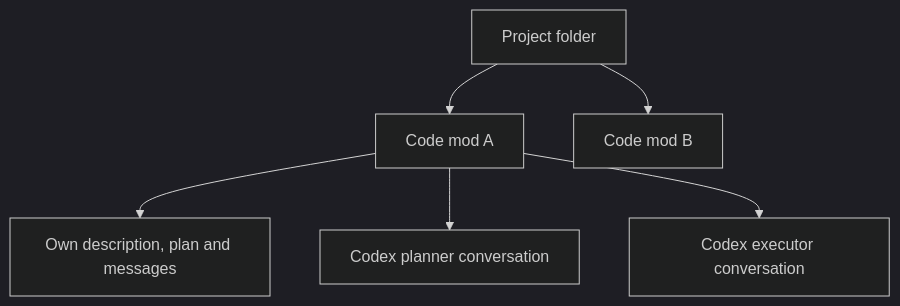
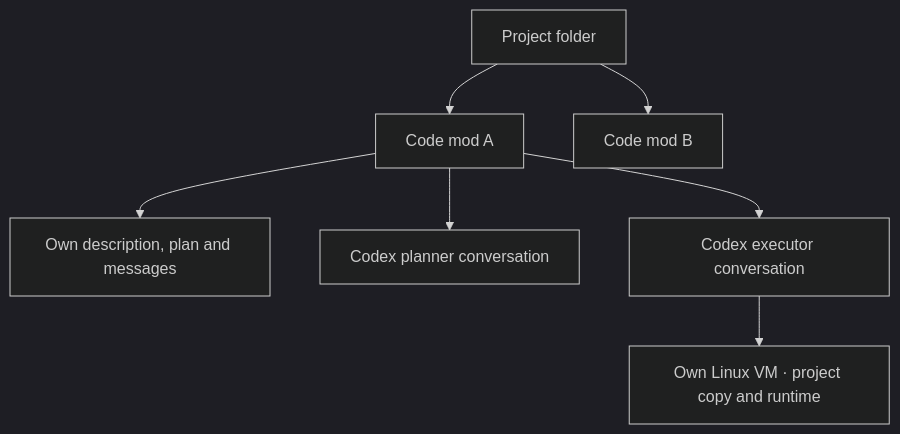
Before and after one commit to minimumeffort-dev/sprowt.harness: the first of 2 diagrams in docs/code-mods.md, drawn with Mermaid (dark theme). The commit also changed other lines of this file and 22 other files, not shown here.

````diff
--- a/docs/code-mods.md
+++ b/docs/code-mods.md
@@ -5,8 +5,9 @@
 ```mermaid
 flowchart TB
     project["Project folder"] --> first["Code mod A"]
     project --> second["Code mod B"]
     first --> context["Own description, plan and messages"]
     first --> planner["Codex planner conversation"]
     first --> executor["Codex executor conversation"]
+    executor --> vm["Own Linux VM · project copy and runtime"]
 ```
````
